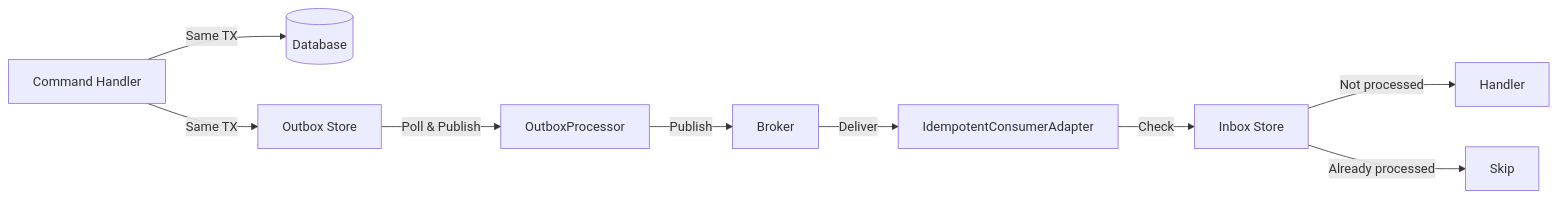
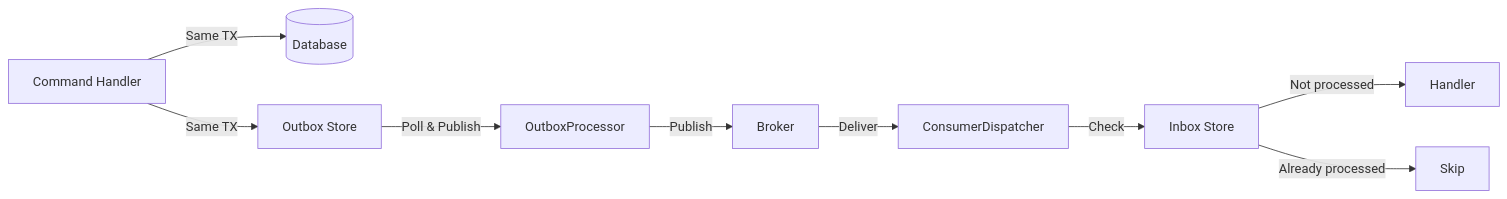
Before and after one commit to AdamWyatt34/Modulus: the second of 2 diagrams in docs/messaging/inbox-pattern.md, drawn with Mermaid. The commit also changed other lines of this file and 24 other files, not shown here.

````diff
--- a/docs/messaging/inbox-pattern.md
+++ b/docs/messaging/inbox-pattern.md
@@ -231,11 +231,11 @@
 ```mermaid
 flowchart LR
     A[Command Handler] -->|Same TX| B[(Database)]
     A -->|Same TX| C[Outbox Store]
     C -->|Poll & Publish| D[OutboxProcessor]
     D -->|Publish| E[Broker]
-    E -->|Deliver| F[IdempotentConsumerAdapter]
+    E -->|Deliver| F[ConsumerDispatcher]
     F -->|Check| G[Inbox Store]
     G -->|Not processed| H[Handler]
     G -->|Already processed| I[Skip]
 ```
````
